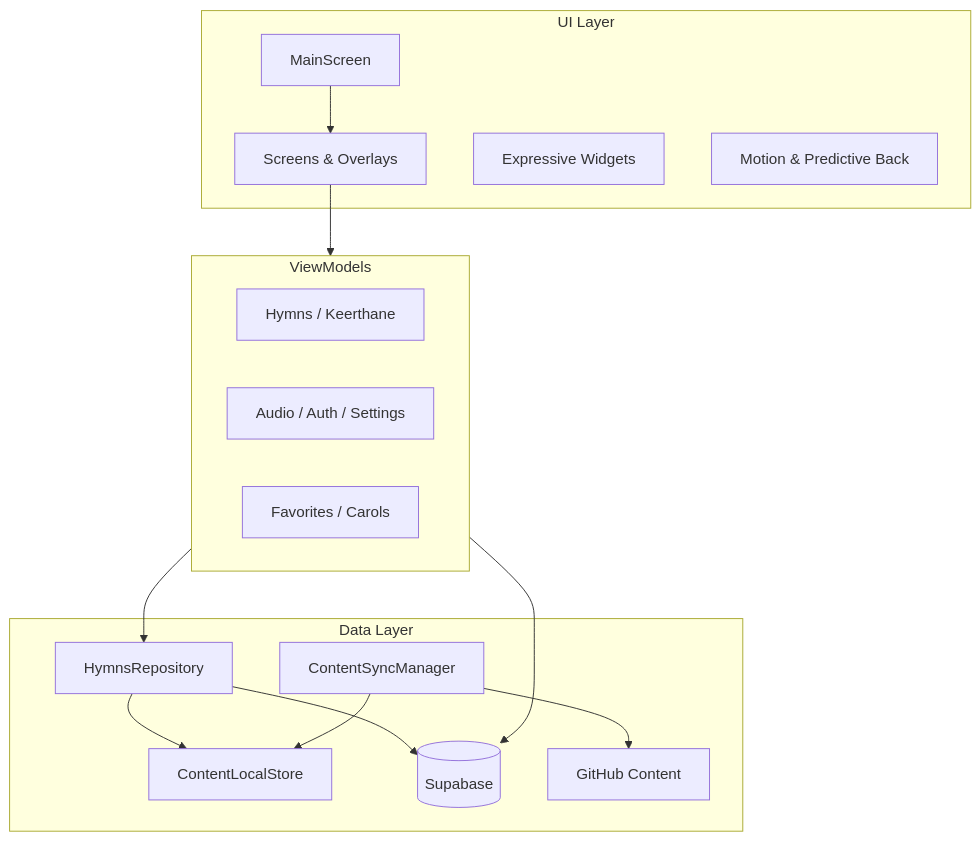
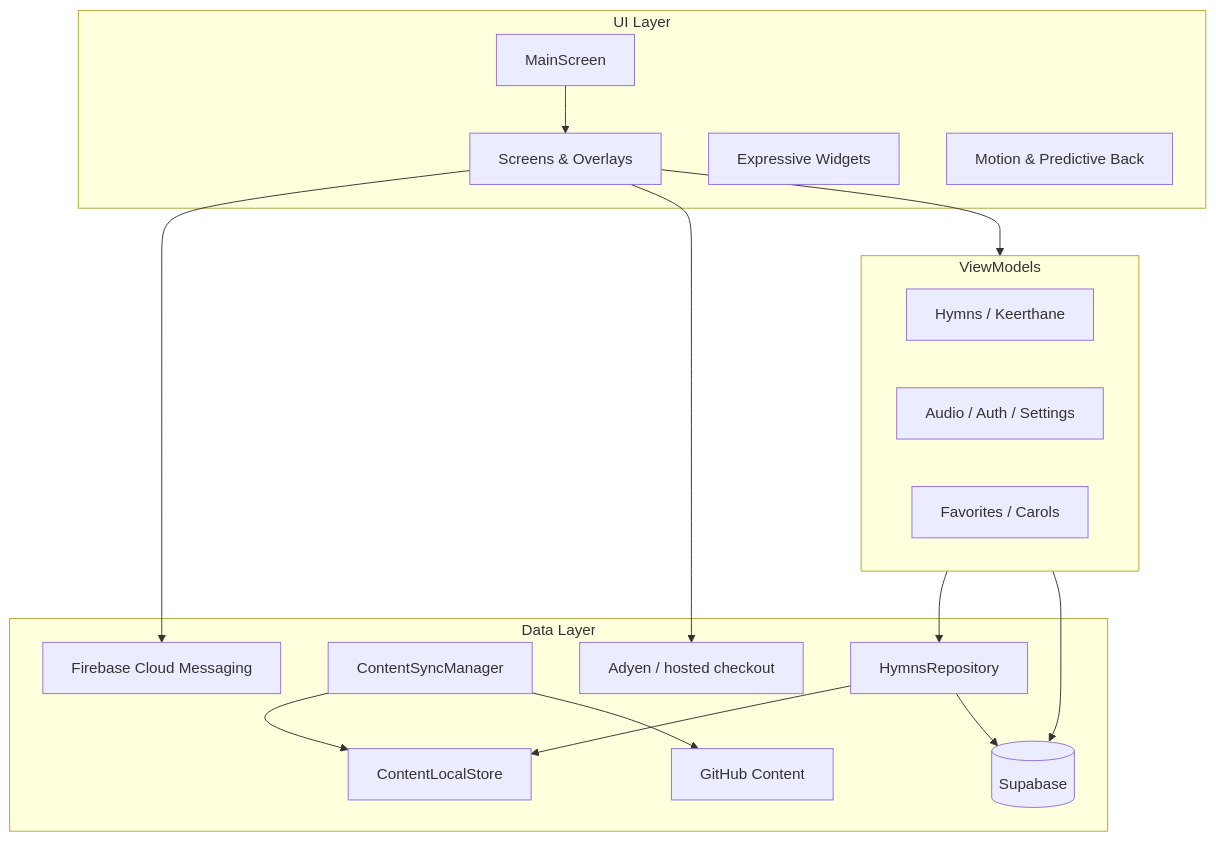
One commit to CSI-Hymns-Book/CSI-Hymns-Android-Native changed the diagram in README.md. Above: the diagram before and after it, drawn with Mermaid. The commit also changed other lines of this file, not shown here.

````diff
--- a/README.md
+++ b/README.md
@@ -109,32 +129,36 @@
 ```mermaid
 flowchart TB
     subgraph UI["UI Layer"]
         MS[MainScreen]
         Screens[Screens & Overlays]
         Widgets[Expressive Widgets]
         Motion[Motion & Predictive Back]
     end
 
     subgraph VM["ViewModels"]
         HVM[Hymns / Keerthane]
         AVM[Audio / Auth / Settings]
         FVM[Favorites / Carols]
     end
 
     subgraph Data["Data Layer"]
         Repo[HymnsRepository]
         CLS[ContentLocalStore]
         CSM[ContentSyncManager]
         SB[(Supabase)]
         GH[GitHub Content]
+        FCM[Firebase Cloud Messaging]
+        Pay[Adyen / hosted checkout]
     end
 
     MS --> Screens
     Screens --> VM
     VM --> Repo
     Repo --> CLS
     CSM --> CLS
     CSM --> GH
     Repo --> SB
     VM --> SB
+    Screens --> FCM
+    Screens --> Pay
 ```
````
